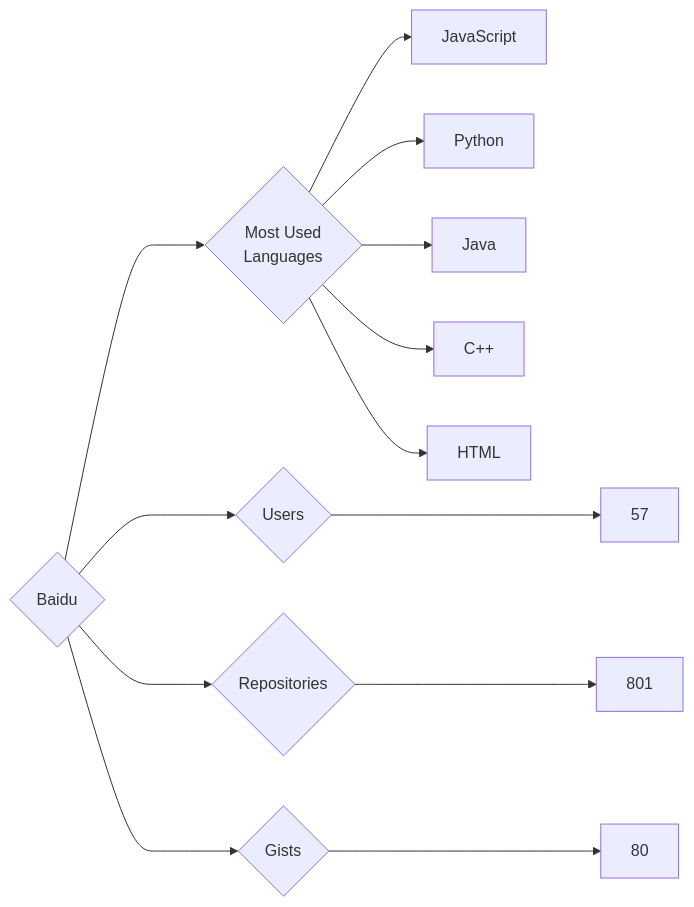
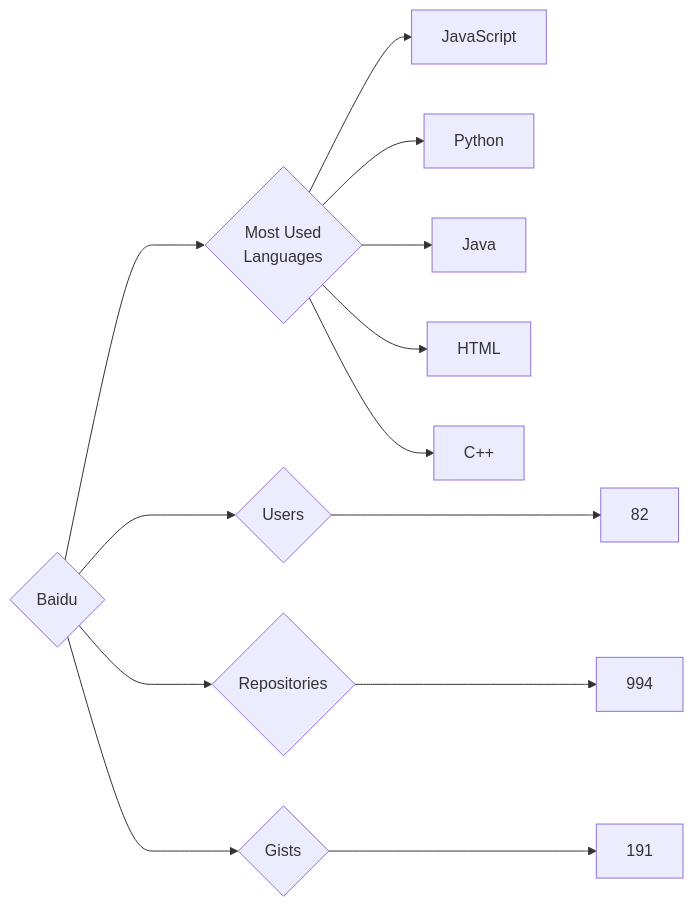
The diagram in targets/Baidu/README.md (trickest/insiders), drawn with Mermaid before and after one commit. The commit also changed 682 other files, not shown here.

````diff
--- a/targets/Baidu/README.md
+++ b/targets/Baidu/README.md
@@ -3,13 +3,13 @@
 ```mermaid
 graph LR
 COMPANY_NAME{Baidu}
-COMPANY_NAME ---> U{Users} ---> UN[57]
-COMPANY_NAME ---> R{Repositories} ---> RN[801]
-COMPANY_NAME ---> G{Gists} ---> GN[80]
+COMPANY_NAME ---> U{Users} ---> UN[82]
+COMPANY_NAME ---> R{Repositories} ---> RN[994]
+COMPANY_NAME ---> G{Gists} ---> GN[191]
 COMPANY_NAME ---> ML{Most Used<br>Languages}
 ML --> JavaScript[JavaScript]
 ML --> Python[Python]
 ML --> Java[Java]
+ML --> HTML[HTML]
 ML --> C++[C++]
-ML --> HTML[HTML]
 ```
````
